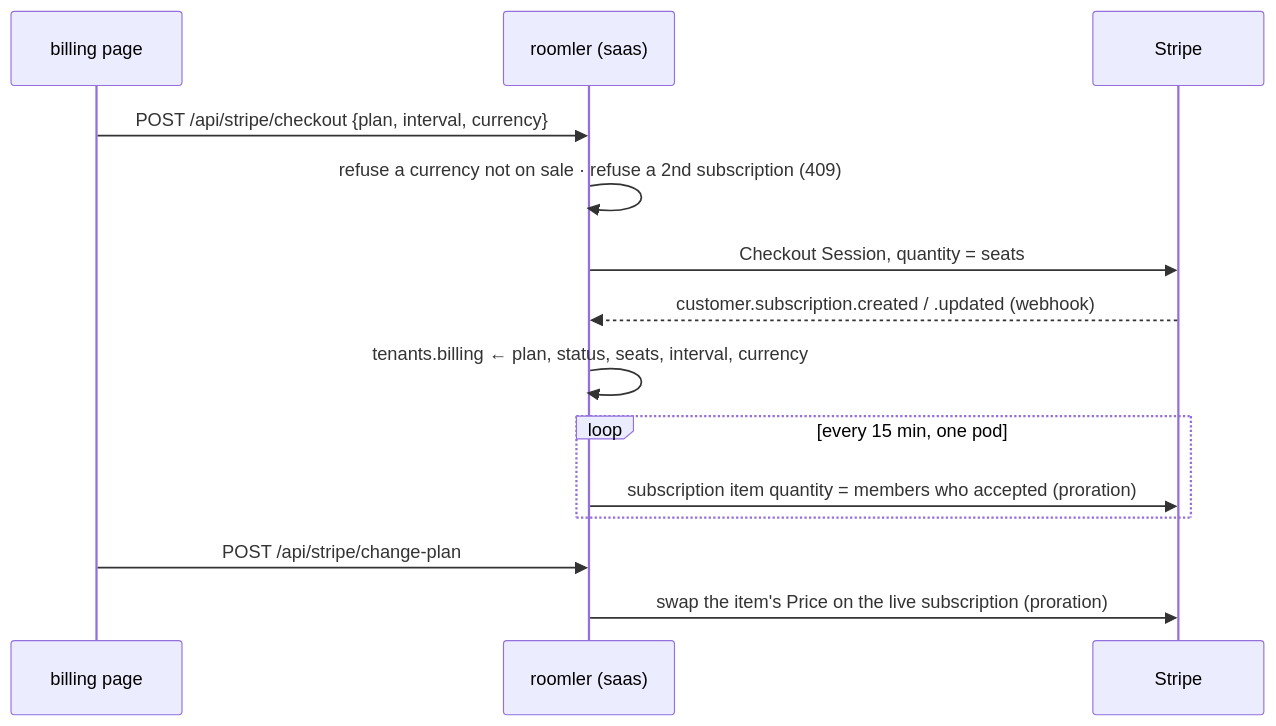
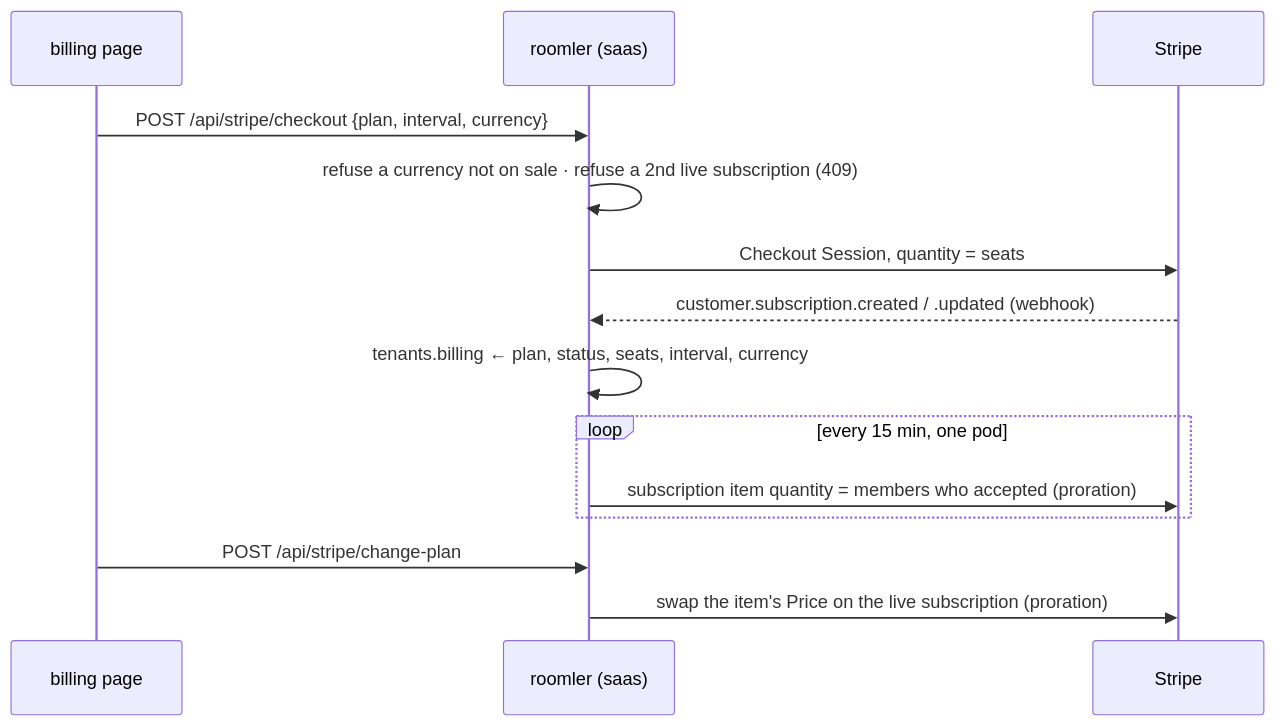
The third of 3 diagrams in docs/plans-and-limits.md (gjovanov/roomler-ai), drawn with Mermaid before and after one commit. The commit also changed other lines of this file and 7 other files, not shown here.

````diff
--- a/docs/plans-and-limits.md
+++ b/docs/plans-and-limits.md
@@ -192,16 +192,16 @@
 ```mermaid
 sequenceDiagram
     participant UI as billing page
     participant API as roomler (saas)
     participant S as Stripe
     UI->>API: POST /api/stripe/checkout {plan, interval, currency}
-    API->>API: refuse a currency not on sale · refuse a 2nd subscription (409)
+    API->>API: refuse a currency not on sale · refuse a 2nd live subscription (409)
     API->>S: Checkout Session, quantity = seats
     S-->>API: customer.subscription.created / .updated (webhook)
     API->>API: tenants.billing ← plan, status, seats, interval, currency
     loop every 15 min, one pod
         API->>S: subscription item quantity = members who accepted (proration)
     end
     UI->>API: POST /api/stripe/change-plan
     API->>S: swap the item's Price on the live subscription (proration)
 ```
````
